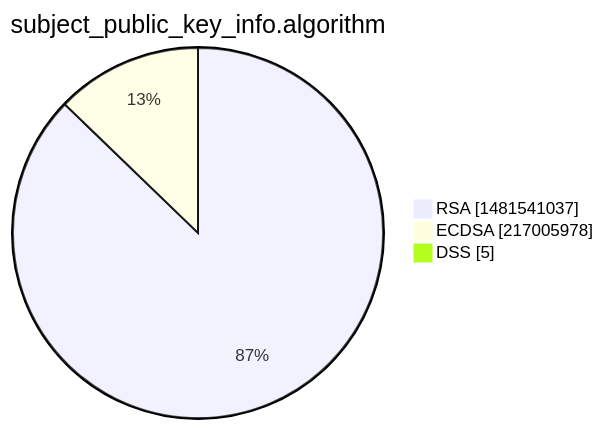
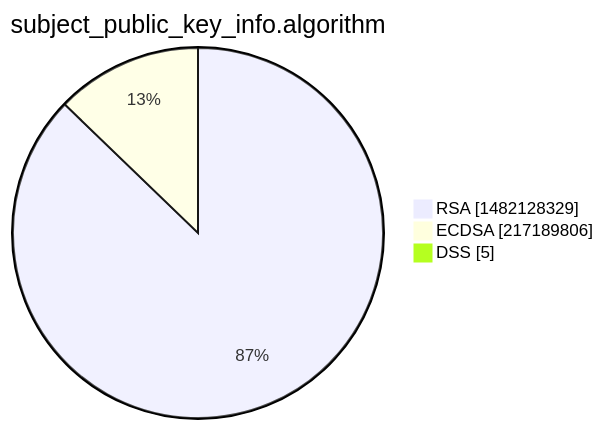
Before and after one commit to christiankrug/ctmonitor_visualization: the third of 15 diagrams in xenon2022/README.md, drawn with Mermaid. The commit also changed other lines of this file, not shown here.

````diff
--- a/xenon2022/README.md
+++ b/xenon2022/README.md
@@ -14,7 +14,7 @@
 ```mermaid
 pie showData
 title subject_public_key_info.algorithm
-"RSA" :1481541037
-"ECDSA" :217005978
+"RSA" :1482128329
+"ECDSA" :217189806
 "DSS" :5
 ```
````
